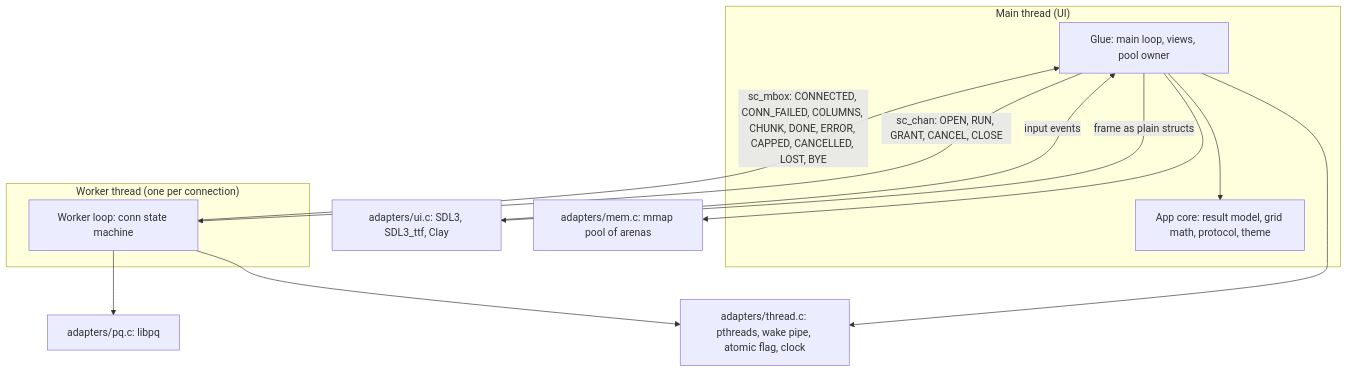
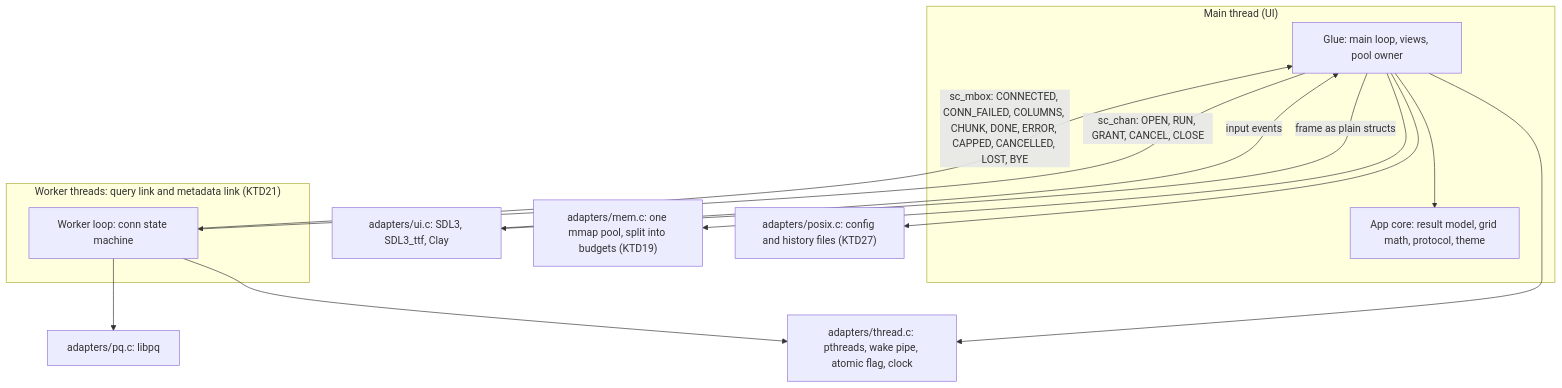
The first of 7 diagrams in docs/plans/2026-10-25-2038-feat-postgres-explorer-plan.md (robertguss/safe-c), drawn with Mermaid before and after one commit. The commit also changed other lines of this file, not shown here.

````diff
--- a/docs/plans/2026-10-25-2038-feat-postgres-explorer-plan.md
+++ b/docs/plans/2026-10-25-2038-feat-postgres-explorer-plan.md
@@ -156,23 +207,25 @@
 ```mermaid
 flowchart TB
   subgraph UI["Main thread (UI)"]
     APP["App core: result model, grid math, protocol, theme"]
     GLUE["Glue: main loop, views, pool owner"]
   end
-  subgraph W["Worker thread (one per connection)"]
+  subgraph W["Worker threads: query link and metadata link (KTD21)"]
     WL["Worker loop: conn state machine"]
   end
   UIA["adapters/ui.c: SDL3, SDL3_ttf, Clay"]
   PQA["adapters/pq.c: libpq"]
   THA["adapters/thread.c: pthreads, wake pipe, atomic flag, clock"]
-  MEM["adapters/mem.c: mmap pool of arenas"]
+  MEM["adapters/mem.c: one mmap pool, split into budgets (KTD19)"]
+  PX["adapters/posix.c: config and history files (KTD27)"]
   GLUE --> APP
   GLUE -->|frame as plain structs| UIA
   UIA -->|input events| GLUE
   GLUE -->|sc_chan: OPEN, RUN, GRANT, CANCEL, CLOSE| WL
   WL -->|sc_mbox: CONNECTED, CONN_FAILED, COLUMNS, CHUNK, DONE, ERROR, CAPPED, CANCELLED, LOST, BYE| GLUE
   WL --> PQA
   GLUE --> THA
   WL --> THA
   GLUE --> MEM
+  GLUE --> PX
 ```
````
